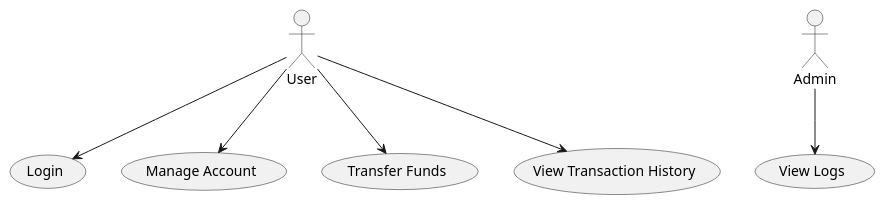
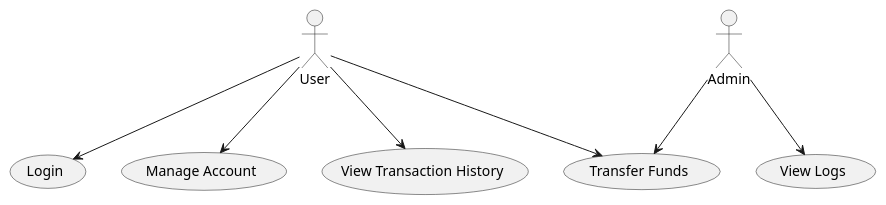
One commit to camcarthur/oop-final-fa24 changed the diagram in umls/context.plantuml. Above: the diagram before and after it, drawn with PlantUML. The commit also changed 7 other files, not shown here.

Commit message:
Add UML Diagrams

```diff
--- a/umls/context.plantuml
+++ b/umls/context.plantuml
@@ -1,11 +1,12 @@
 @startuml
 actor User
 actor Admin
 
 User --> (Login)
 User --> (Manage Account)
 User --> (Transfer Funds)
 User --> (View Transaction History)
 
 Admin --> (View Logs)
+Admin --> (Transfer Funds)
 @enduml
```
